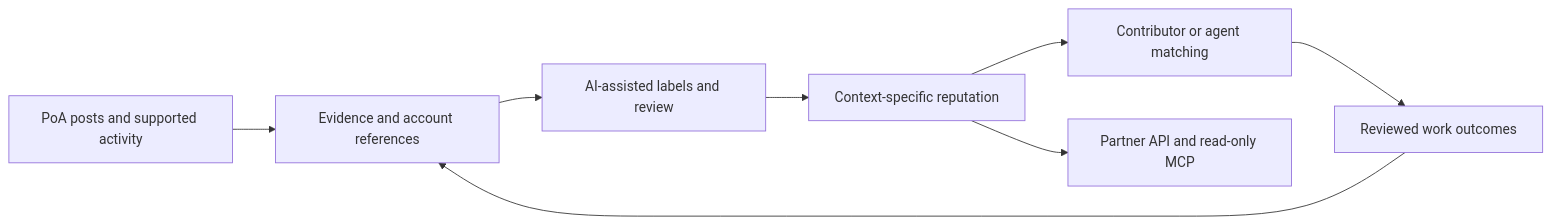
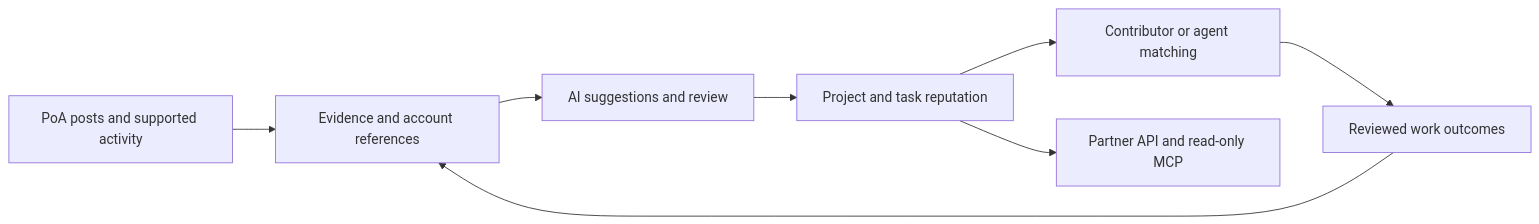
The diagram in assets/activity-to-reputation.mmd (RocX-Network/rocx-docs), drawn with Mermaid before and after one commit. The commit also changed 10 other files, not shown here.

```diff
--- a/assets/activity-to-reputation.mmd
+++ b/assets/activity-to-reputation.mmd
@@ -1,8 +1,8 @@
 flowchart LR
   A[PoA posts and supported activity] --> B[Evidence and account references]
-  B --> C[AI-assisted labels and review]
-  C --> D[Context-specific reputation]
+  B --> C[AI suggestions and review]
+  C --> D[Project and task reputation]
   D --> E[Contributor or agent matching]
   D --> F[Partner API and read-only MCP]
   E --> G[Reviewed work outcomes]
   G --> B
```
